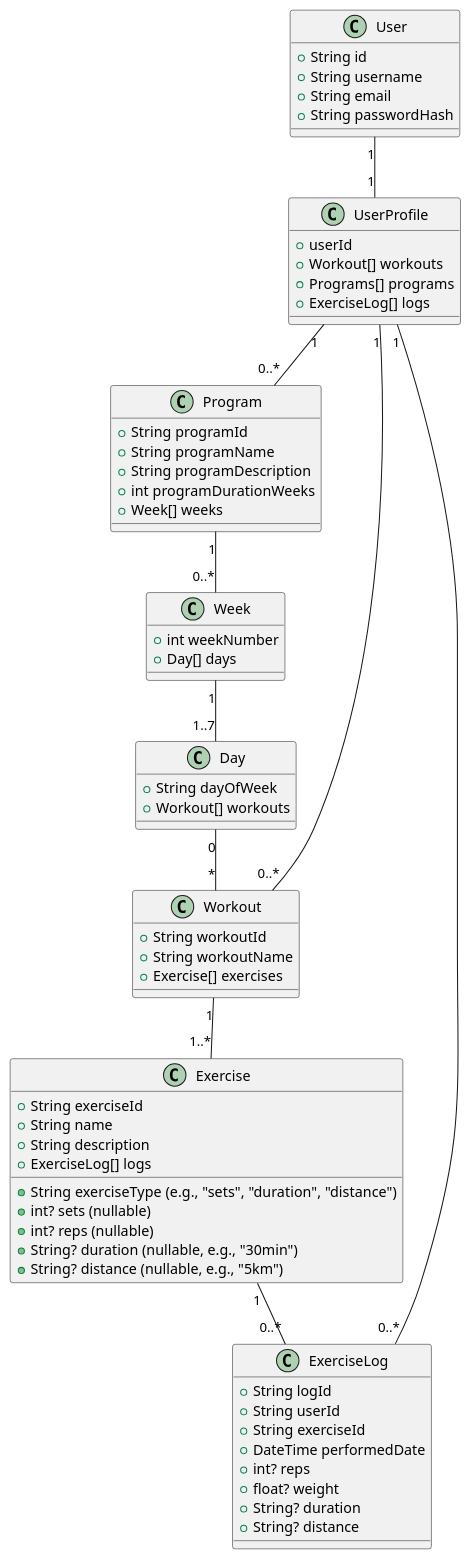
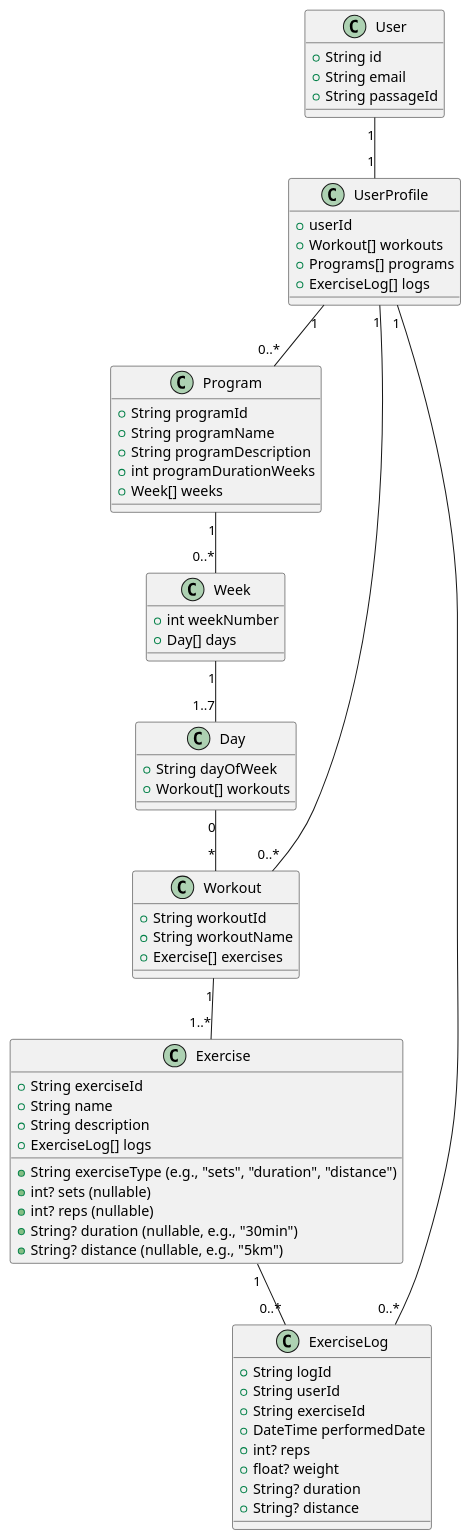
Before and after one commit to bblldave/HercuHealth: the diagram in docs/TechnicalDocumentation/DatabaseDiagrams.puml, drawn with PlantUML. The commit also changed 16 other files, not shown here.

```diff
--- a/docs/TechnicalDocumentation/DatabaseDiagrams.puml
+++ b/docs/TechnicalDocumentation/DatabaseDiagrams.puml
@@ -1,77 +1,76 @@
 @startuml HercuHealth_DB_Schema
 
 Class User {
   +String id
-  +String username
   +String email
-  +String passwordHash
+  +String passageId
   
 }
 
 Class UserProfile {
   +userId
   +Workout[] workouts
   +Programs[] programs
   +ExerciseLog[] logs
 }
 
 class Program {
   +String programId
   +String programName
   +String programDescription
   +int programDurationWeeks
   +Week[] weeks
 }
 
 class Week {
   +int weekNumber
   +Day[] days
 }
 
 class Day {
   +String dayOfWeek
   +Workout[] workouts
 }
 
 class Workout {
   +String workoutId
   +String workoutName
   +Exercise[] exercises
 }
 
 class Exercise {
   +String exerciseId
   +String name
   +String description
   +String exerciseType (e.g., "sets", "duration", "distance")
   +int? sets (nullable)
   +int? reps (nullable)
   +String? duration (nullable, e.g., "30min")
   +String? distance (nullable, e.g., "5km")
   +ExerciseLog[] logs
 }
 
 class ExerciseLog {
   +String logId
   +String userId
   +String exerciseId
   +DateTime performedDate
   +int? reps
   +float? weight
   +String? duration
   +String? distance
 }
 
 Program "1" -- "0..*" Week
 Week "1" -- "1..7" Day
 Day "0" -- "*" Workout
 Workout "1" -- "1..*" Exercise
 Exercise "1" -- "0..*" ExerciseLog
 
 
 User "1" -- "1" UserProfile
 UserProfile "1" -- "0..*" Workout
 UserProfile "1" -- "0..*" Program
 UserProfile "1" -- "0..*" ExerciseLog
 
 @enduml
```
